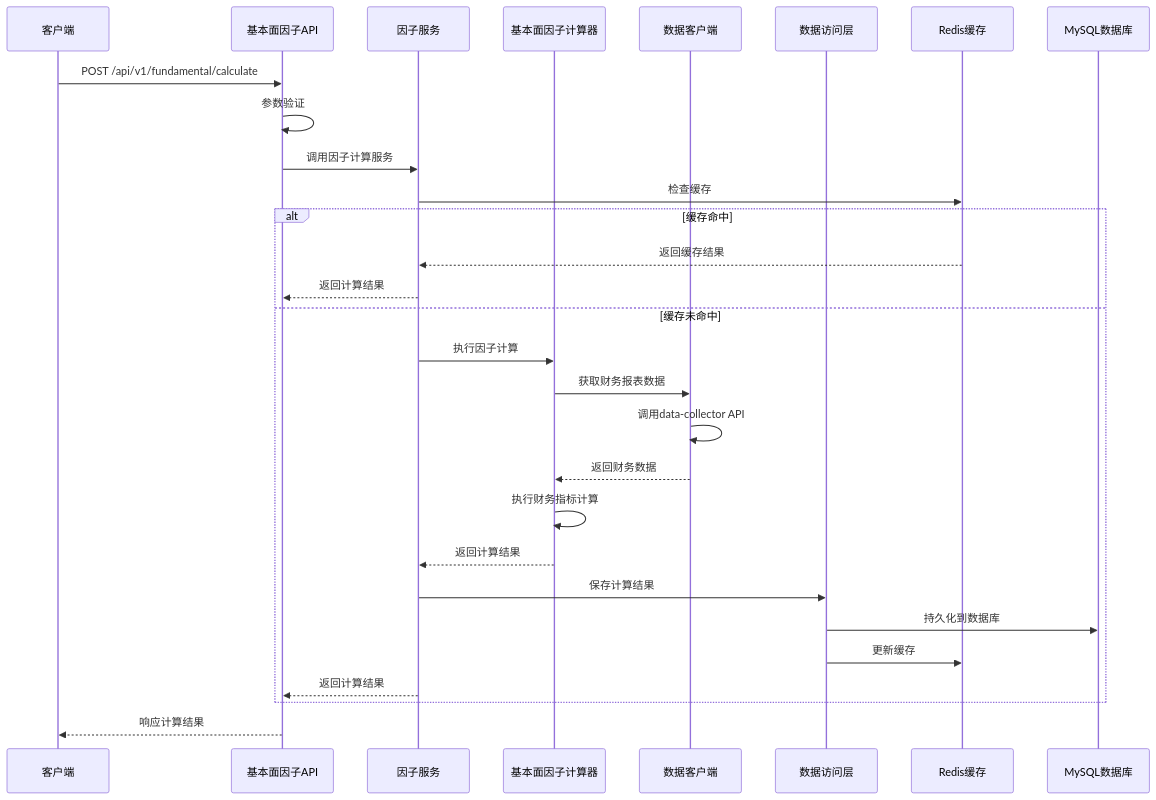
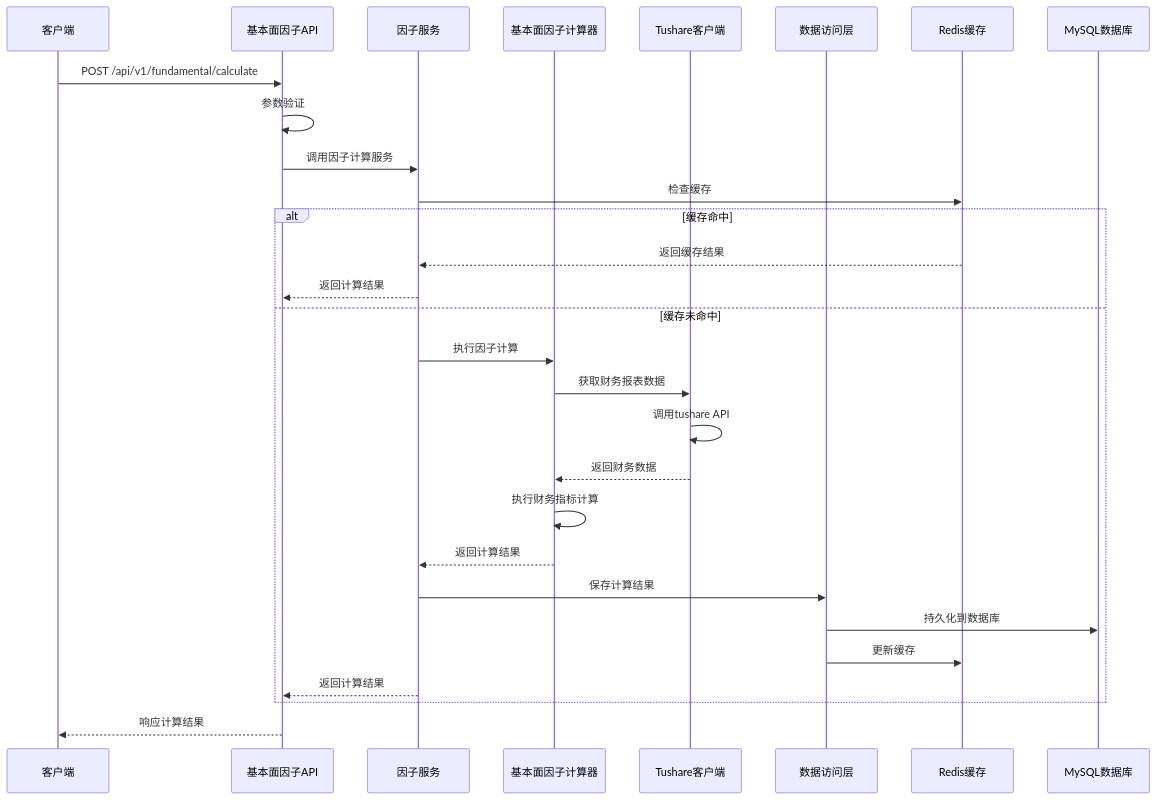
Before and after one commit to Casper-Mars/qtrade: the fourth of 9 diagrams in docs/iteration-2-factor-engine/design_backend.md, drawn with Mermaid. The commit also changed other lines of this file and 18 other files, not shown here.

````diff
--- a/docs/iteration-2-factor-engine/design_backend.md
+++ b/docs/iteration-2-factor-engine/design_backend.md
@@ -537,36 +592,36 @@
 ```mermaid
 sequenceDiagram
     participant Client as 客户端
     participant API as 基本面因子API
     participant Service as 因子服务
     participant Calculator as 基本面因子计算器
-    participant DataClient as 数据客户端
+    participant TushareClient as Tushare客户端
     participant DAO as 数据访问层
     participant Cache as Redis缓存
     participant DB as MySQL数据库
     
     Client->>API: POST /api/v1/fundamental/calculate
     API->>API: 参数验证
     API->>Service: 调用因子计算服务
     
     Service->>Cache: 检查缓存
     alt 缓存命中
         Cache-->>Service: 返回缓存结果
         Service-->>API: 返回计算结果
     else 缓存未命中
         Service->>Calculator: 执行因子计算
-        Calculator->>DataClient: 获取财务报表数据
-        DataClient->>DataClient: 调用data-collector API
-        DataClient-->>Calculator: 返回财务数据
+        Calculator->>TushareClient: 获取财务报表数据
+        TushareClient->>TushareClient: 调用tushare API
+        TushareClient-->>Calculator: 返回财务数据
         Calculator->>Calculator: 执行财务指标计算
         Calculator-->>Service: 返回计算结果
         
         Service->>DAO: 保存计算结果
         DAO->>DB: 持久化到数据库
         DAO->>Cache: 更新缓存
         
         Service-->>API: 返回计算结果
     end
     
     API-->>Client: 响应计算结果
 ```
````
